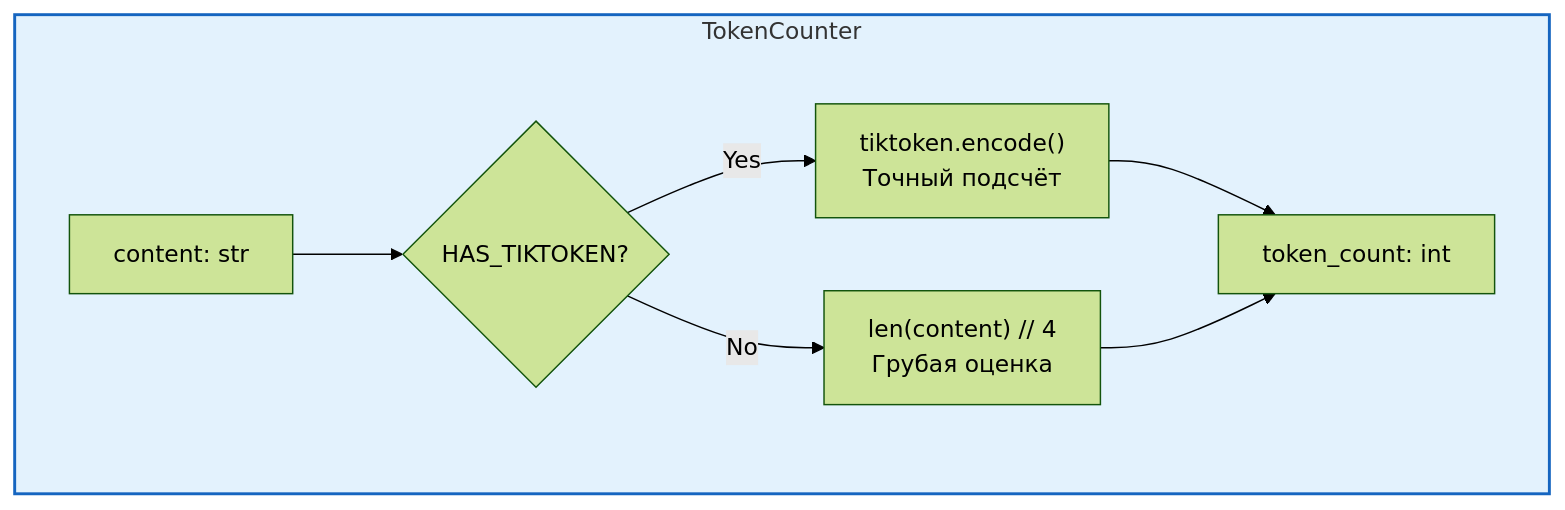
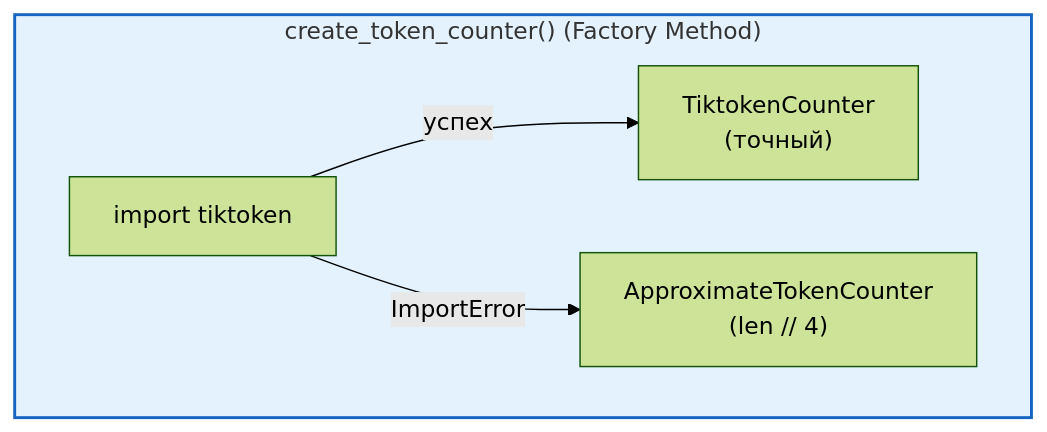
Before and after one commit to pese-git/codelab-agent: diagram 25 of 31 in doc/internals/architecture/fcm/ARCHITECTURE.md, drawn with Mermaid (forest theme). The commit also changed other lines of this file and 7 other files, not shown here.

````diff
--- a/doc/internals/architecture/fcm/ARCHITECTURE.md
+++ b/doc/internals/architecture/fcm/ARCHITECTURE.md
@@ -1394,21 +1413,13 @@
 ```mermaid
 graph TD
-    subgraph TokenCounter["TokenCounter"]
-        Input["content: str"]
-        
-        HasTiktoken{"HAS_TIKTOKEN?"}
-        
-        Tiktoken["tiktoken.encode()<br/>Точный подсчёт"]
-        Fallback["len(content) // 4<br/>Грубая оценка"]
-        
-        Output["token_count: int"]
+    subgraph Factory["create_token_counter() (Factory Method)"]
+        Try["import tiktoken"]
+        Ok["TiktokenCounter<br/>(точный)"]
+        Fallback["ApproximateTokenCounter<br/>(len // 4)"]
     end
-    
-    Input --> HasTiktoken
-    HasTiktoken -->|Yes| Tiktoken
-    HasTiktoken -->|No| Fallback
-    Tiktoken --> Output
-    Fallback --> Output
-    
-    style TokenCounter fill:#e3f2fd,stroke:#1565c0,stroke-width:2px
+
+    Try -->|"успех"| Ok
+    Try -->|"ImportError"| Fallback
+
+    style Factory fill:#e3f2fd,stroke:#1565c0,stroke-width:2px
 ```
````
